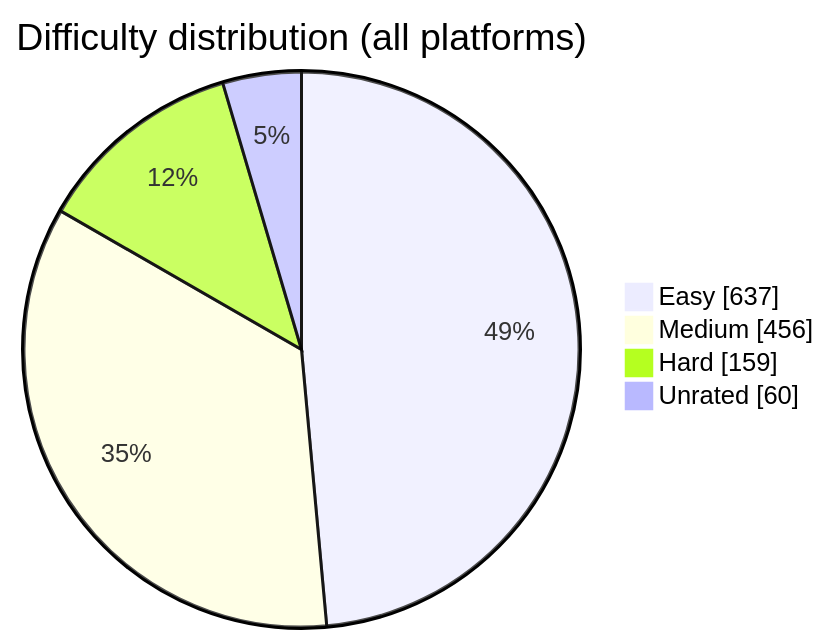
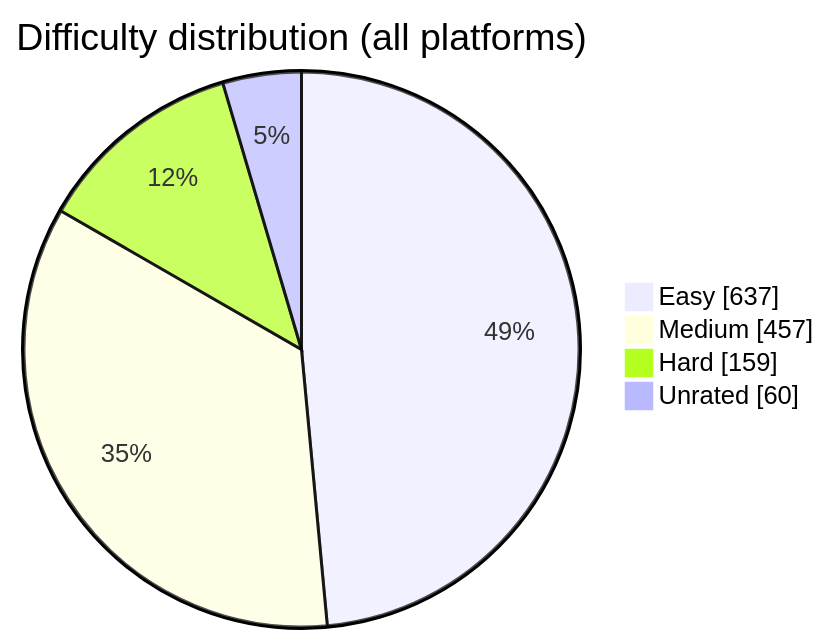
One commit to BuildbyArindam/Daily-Coding-Log changed the diagram in README.md. Above: the diagram before and after it, drawn with Mermaid. The commit also changed other lines of this file, not shown here.

````diff
--- a/README.md
+++ b/README.md
@@ -93,7 +93,7 @@
 ```mermaid
 pie showData title Difficulty distribution (all platforms)
     "Easy" : 637
-    "Medium" : 456
+    "Medium" : 457
     "Hard" : 159
     "Unrated" : 60
 ```
````
